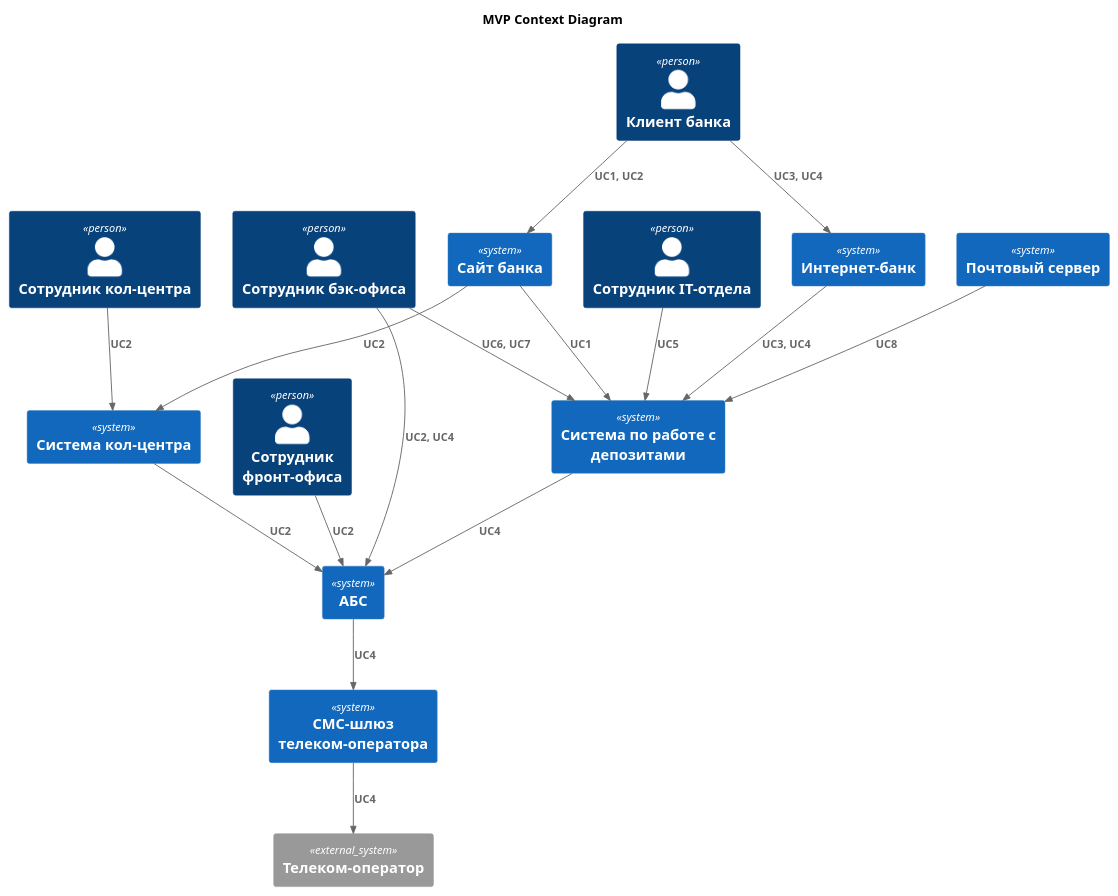
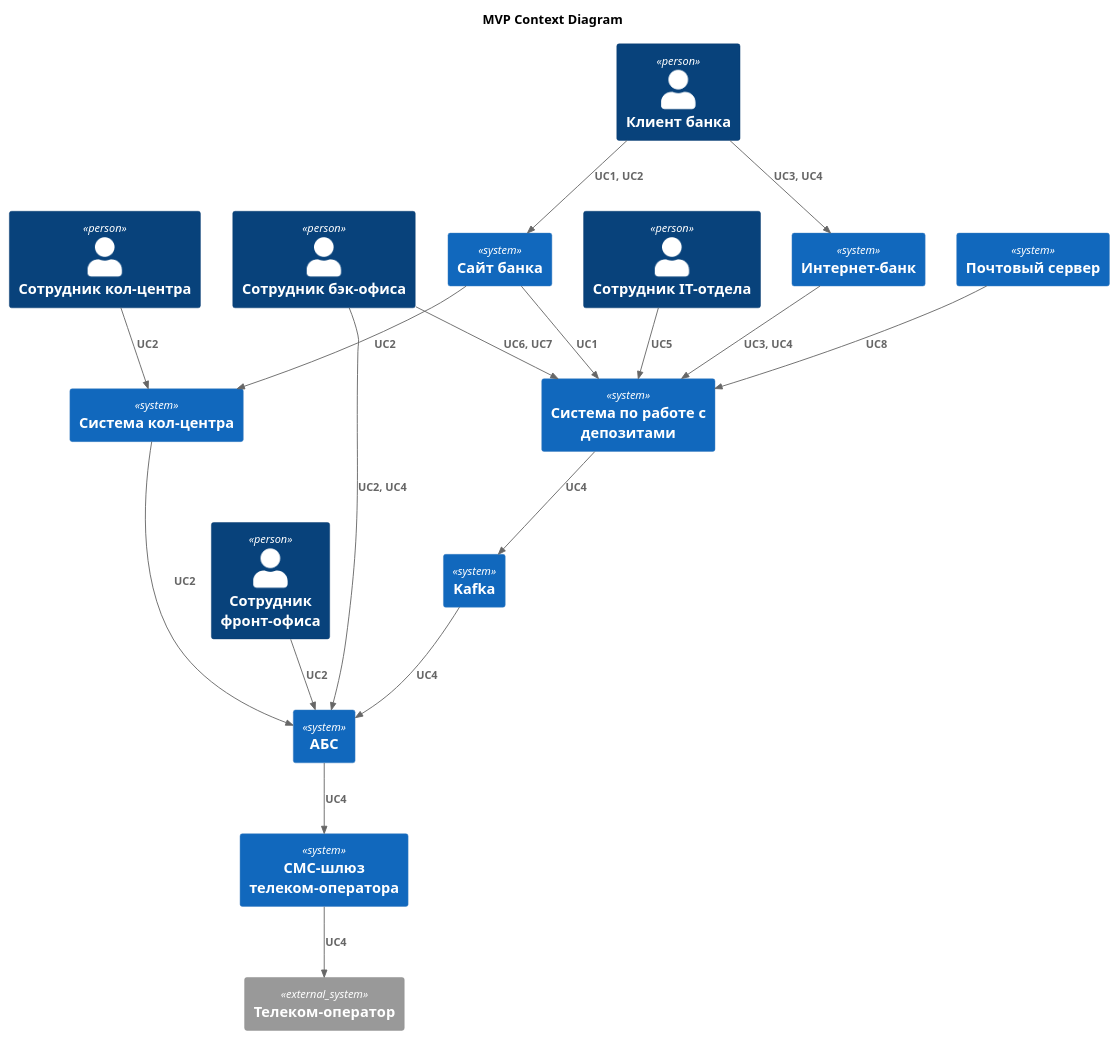
The diagram in Task3/C4_container.puml (Dryannykh/architecture-standart), drawn with PlantUML before and after one commit. The commit also changed 9 other files, not shown here.

```diff
--- a/Task3/C4_container.puml
+++ b/Task3/C4_container.puml
@@ -1,36 +1,38 @@
 @startuml
 title MVP Context Diagram
 
 !includeurl https://raw.githubusercontent.com/RicardoNiepel/C4-PlantUML/master/C4_Component.puml
 
 Person(user, "Клиент банка")
 Person(call_center_employee, "Сотрудник кол-центра")
 Person(back_department_employee, "Сотрудник бэк-офиса")
 Person(front_department_employee, "Сотрудник фронт-офиса")
 Person(it_employee, "Сотрудник IT-отдела")
 System(website, "Сайт банка")
 System(call_center, "Система кол-центра")
 System(internet_bank, "Интернет-банк")
 System(deposit_system, "Система по работе с депозитами")
 System(abs, "АБС")
+System(kafka, "Kafka")
 System(sms_gateway, "СМС-шлюз телеком-оператора")
 System(mail_server, "Почтовый сервер")
 System_Ext(operator, "Телеком-оператор")
 
 Rel(user, website, "UC1, UC2")
 Rel(user, internet_bank, "UC3, UC4")
 Rel(call_center_employee, call_center, "UC2")
 Rel(front_department_employee, abs, "UC2")
 Rel(website, call_center, "UC2")
 Rel(call_center, abs, "UC2")
 Rel(back_department_employee, abs, "UC2, UC4")
 Rel(internet_bank, deposit_system, "UC3, UC4")
 Rel(website, deposit_system, "UC1")
-Rel(deposit_system, abs, "UC4")
+Rel(deposit_system, kafka, "UC4")
+Rel(kafka, abs, "UC4")
 Rel(abs, sms_gateway, "UC4")
 Rel(sms_gateway, operator, "UC4")
 Rel(it_employee, deposit_system, "UC5")
 Rel(mail_server, deposit_system, "UC8")
 Rel(back_department_employee, deposit_system, "UC6, UC7")
 
 @enduml
```
